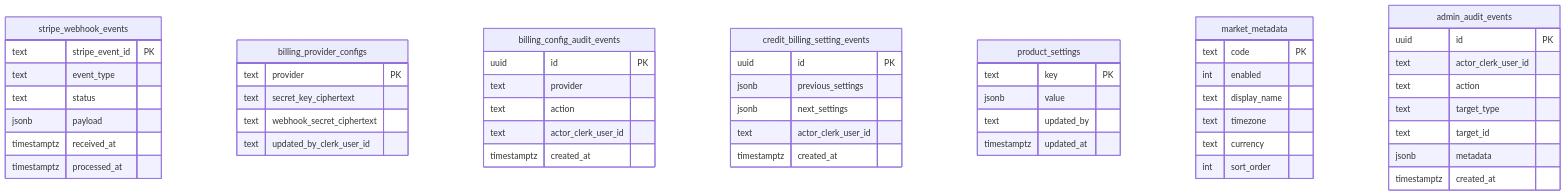
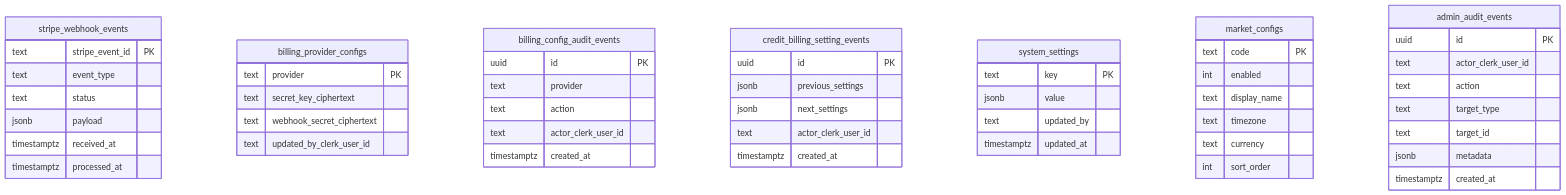
One commit to hypier/tradingagents-report changed the seventh of 8 diagrams in tg-web/docs/DATABASE_DICTIONARY.md. Above: the diagram before and after it, drawn with Mermaid. The commit also changed other lines of this file and 29 other files, not shown here.

First line of the commit message:
refactor(tg-web): rename product settings to system settings and update related documentation

````diff
--- a/tg-web/docs/DATABASE_DICTIONARY.md
+++ b/tg-web/docs/DATABASE_DICTIONARY.md
@@ -256,60 +256,60 @@
 ```mermaid
 erDiagram
     stripe_webhook_events {
         text stripe_event_id PK
         text event_type
         text status
         jsonb payload
         timestamptz received_at
         timestamptz processed_at
     }
 
     billing_provider_configs {
         text provider PK
         text secret_key_ciphertext
         text webhook_secret_ciphertext
         text updated_by_clerk_user_id
     }
 
     billing_config_audit_events {
         uuid id PK
         text provider
         text action
         text actor_clerk_user_id
         timestamptz created_at
     }
 
     credit_billing_setting_events {
         uuid id PK
         jsonb previous_settings
         jsonb next_settings
         text actor_clerk_user_id
         timestamptz created_at
     }
 
-    product_settings {
+    system_settings {
         text key PK
         jsonb value
         text updated_by
         timestamptz updated_at
     }
 
-    market_metadata {
+    market_configs {
         text code PK
         int enabled
         text display_name
         text timezone
         text currency
         int sort_order
     }
 
     admin_audit_events {
         uuid id PK
         text actor_clerk_user_id
         text action
         text target_type
         text target_id
         jsonb metadata
         timestamptz created_at
     }
 ```
````
